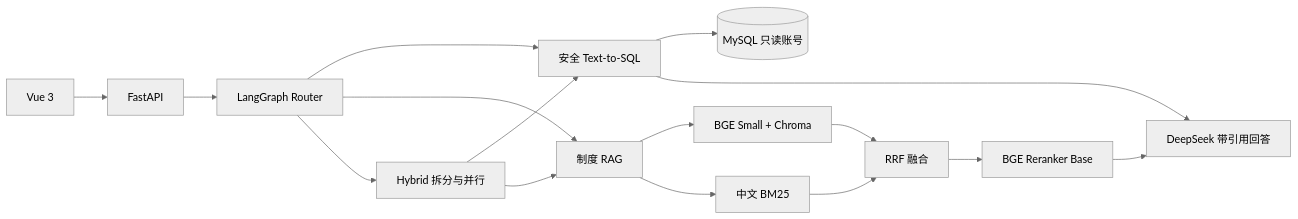
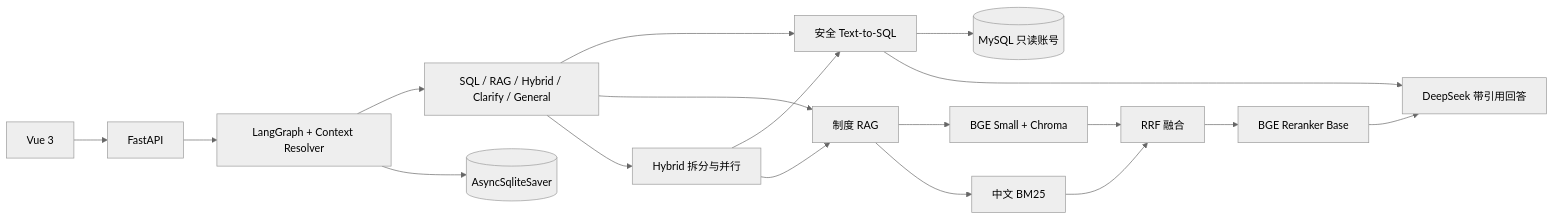
The diagram in README.md (xxxjiejiejie/retail-insight-agent), drawn with Mermaid (neutral theme) before and after one commit. The commit also changed other lines of this file and 4 other files, not shown here.

Commit message:
feat: 新增散点图支持，优化图表渲染配置

````diff
--- a/README.md
+++ b/README.md
@@ -98,18 +98,20 @@
 ```mermaid
 flowchart LR
     Vue["Vue 3"] --> API["FastAPI"]
-    API --> Graph["LangGraph Router"]
-    Graph --> SQL["安全 Text-to-SQL"]
-    Graph --> RAG["制度 RAG"]
-    Graph --> Hybrid["Hybrid 拆分与并行"]
+    API --> Graph["LangGraph + Context Resolver"]
+    Graph --> Router["SQL / RAG / Hybrid / Clarify / General"]
+    Router --> SQL["安全 Text-to-SQL"]
+    Router --> RAG["制度 RAG"]
+    Router --> Hybrid["Hybrid 拆分与并行"]
     SQL --> MySQL[("MySQL 只读账号")]
     RAG --> Vector["BGE Small + Chroma"]
     RAG --> BM25["中文 BM25"]
     Vector --> RRF["RRF 融合"]
     BM25 --> RRF
     RRF --> Reranker["BGE Reranker Base"]
     Reranker --> Answer["DeepSeek 带引用回答"]
     SQL --> Answer
     Hybrid --> SQL
     Hybrid --> RAG
+    Graph --> Session[("AsyncSqliteSaver")]
 ```
````
